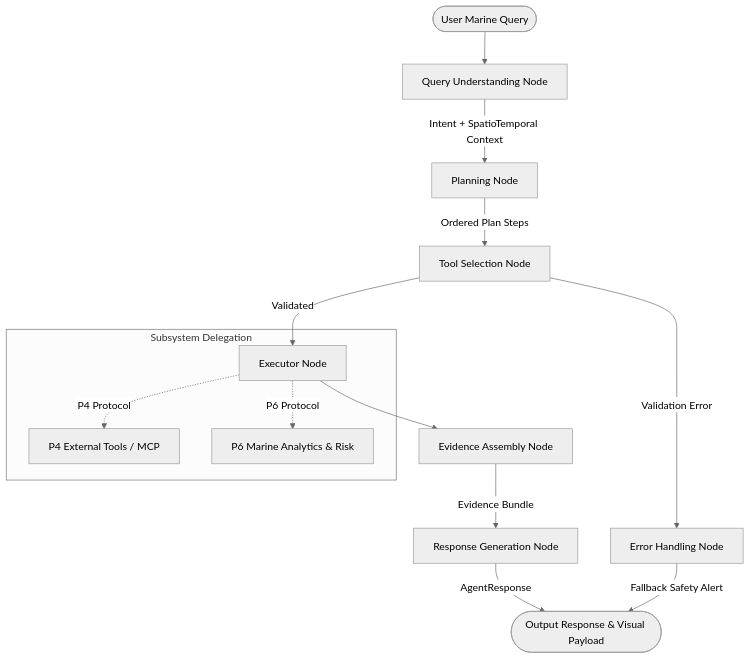
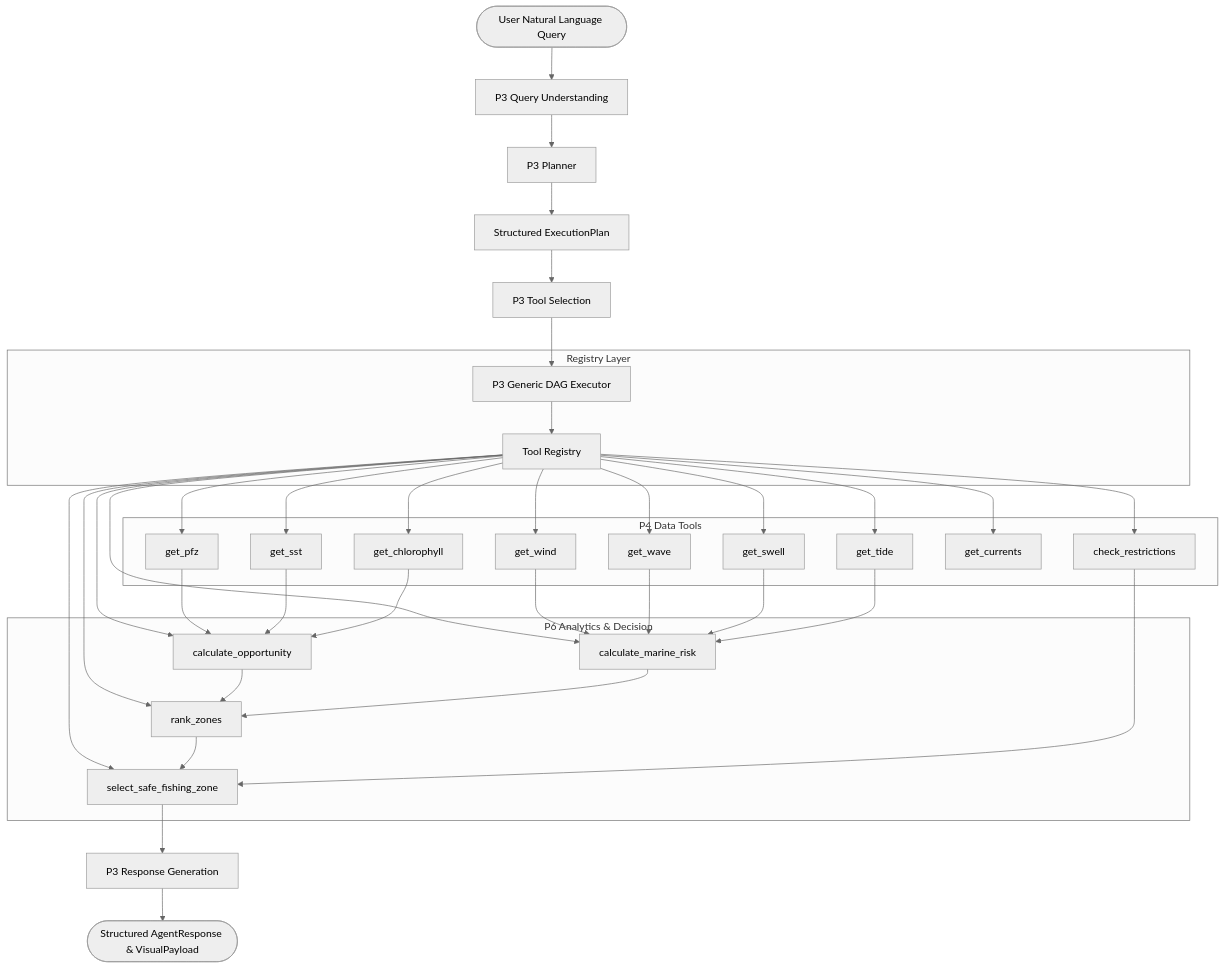
One commit to abhishettyy/varidhi-backend changed the diagram in backend/agents/README.md. Above: the diagram before and after it, drawn with Mermaid (neutral theme). The commit also changed other lines of this file and 16 other files, not shown here.

Commit message:
feat: implement modular P4 data tool registry and synthetic adapter architecture for marine agents

````diff
--- a/backend/agents/README.md
+++ b/backend/agents/README.md
@@ -29,19 +15,39 @@
 ```mermaid
 flowchart TD
-    Start([User Marine Query]) --> QU[Query Understanding Node]
-    QU --> |Intent + SpatioTemporal Context| Plan[Planning Node]
-    Plan --> |Ordered Plan Steps| TS[Tool Selection Node]
-    TS --> |Validated| Exec[Executor Node]
-    TS --> |Validation Error| Err[Error Handling Node]
+    User([User Natural Language Query]) --> Understand[P3 Query Understanding]
+    Understand --> Plan[P3 Planner]
+    Plan --> ExecPlan[Structured ExecutionPlan]
+    ExecPlan --> TS[P3 Tool Selection]
+    TS --> Exec[P3 Generic DAG Executor]
     
-    subgraph Subsystem Delegation
-        Exec -.-> |P4 Protocol| P4[P4 External Tools / MCP]
-        Exec -.-> |P6 Protocol| P6[P6 Marine Analytics & Risk]
+    subgraph Registry Layer
+        Exec --> Registry[Tool Registry]
     end
     
-    Exec --> EA[Evidence Assembly Node]
-    EA --> |Evidence Bundle| RG[Response Generation Node]
+    subgraph P4 Data Tools
+        Registry --> P4_PFZ[get_pfz]
+        Registry --> P4_SST[get_sst]
+        Registry --> P4_CHL[get_chlorophyll]
+        Registry --> P4_WIND[get_wind]
+        Registry --> P4_WAVE[get_wave]
+        Registry --> P4_SWELL[get_swell]
+        Registry --> P4_TIDE[get_tide]
+        Registry --> P4_CURR[get_currents]
+        Registry --> P4_RESTR[check_restrictions]
+    end
     
-    RG --> |AgentResponse| End([Output Response & Visual Payload])
-    Err --> |Fallback Safety Alert| End
+    subgraph P6 Analytics & Decision
+        Registry --> P6_OPP[calculate_opportunity]
+        Registry --> P6_RISK[calculate_marine_risk]
+        Registry --> P6_RANK[rank_zones]
+        Registry --> P3_DEC[select_safe_fishing_zone]
+    end
+    
+    P4_PFZ & P4_SST & P4_CHL --> P6_OPP
+    P4_WIND & P4_WAVE & P4_SWELL & P4_TIDE --> P6_RISK
+    P6_OPP & P6_RISK --> P6_RANK
+    P6_RANK & P4_RESTR --> P3_DEC
+    
+    P3_DEC --> RespGen[P3 Response Generation]
+    RespGen --> FinalResp([Structured AgentResponse & VisualPayload])
 ```
````
